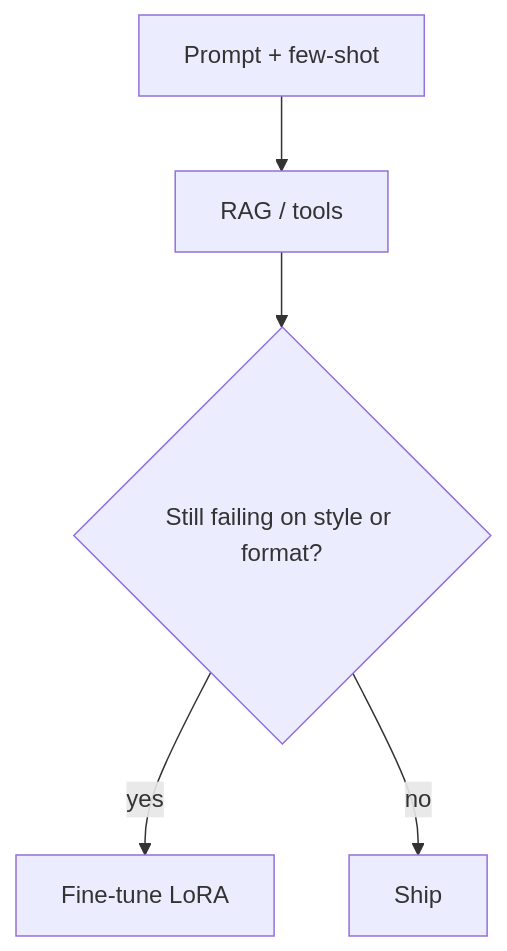
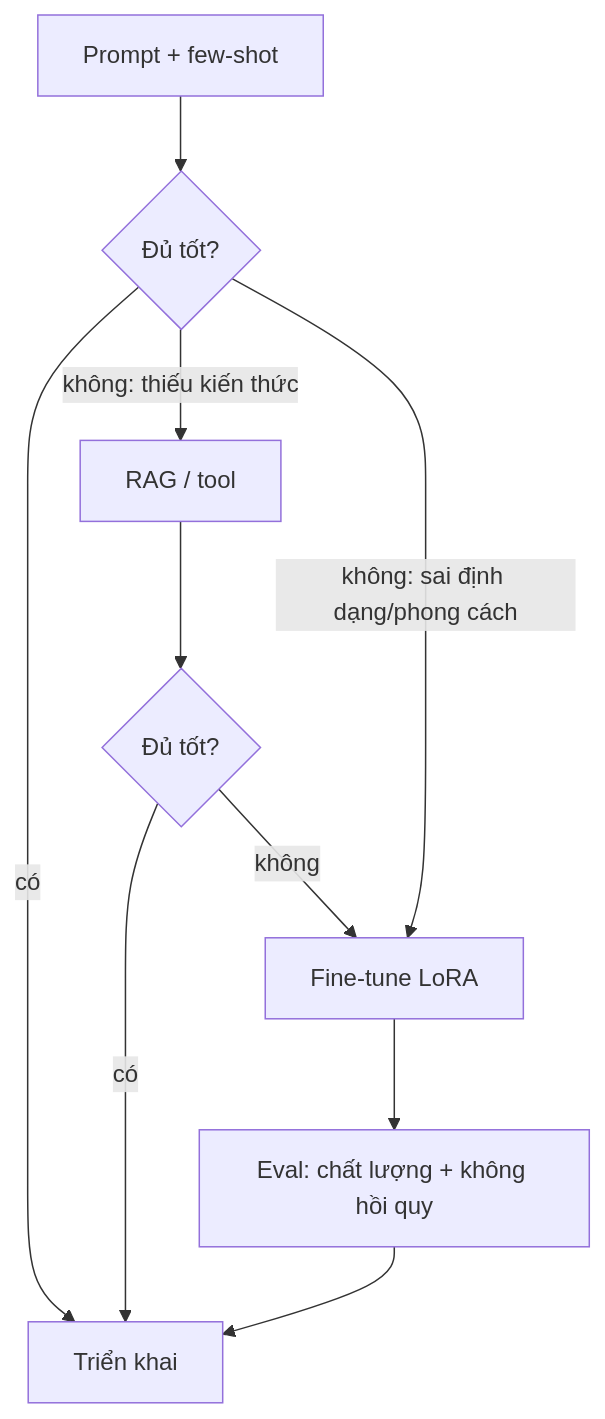
The diagram in src/assets/knowledge/playbooks/ai-engineering/fine-tuning-lora-distillation.md (passion-Infinity/personal-tech-playbook), drawn with Mermaid before and after one commit. The commit also changed other lines of this file and 5 other files, not shown here.

First line of the commit message:
Deep-dive rewrite: fine-tuning, build-an-agent, voice AI, advanced RAG, LLM app architecture (AI Engineering topic complete)

````diff
--- a/src/assets/knowledge/playbooks/ai-engineering/fine-tuning-lora-distillation.md
+++ b/src/assets/knowledge/playbooks/ai-engineering/fine-tuning-lora-distillation.md
@@ -16,7 +36,11 @@
 ```mermaid
 flowchart TD
-    P["Prompt + few-shot"] --> R["RAG / tools"]
-    R --> F{Still failing on style or format?}
-    F -->|yes| FT["Fine-tune LoRA"]
-    F -->|no| DONE[Ship]
+    P["Prompt + few-shot"] --> OK1{Đủ tốt?}
+    OK1 -->|"có"| DONE["Triển khai"]
+    OK1 -->|"không: thiếu kiến thức"| RAG["RAG / tool"]
+    OK1 -->|"không: sai định dạng/phong cách"| FT["Fine-tune LoRA"]
+    RAG --> OK2{Đủ tốt?}
+    OK2 -->|"có"| DONE
+    OK2 -->|"không"| FT
+    FT --> EV["Eval: chất lượng + không hồi quy"] --> DONE
 ```
````
